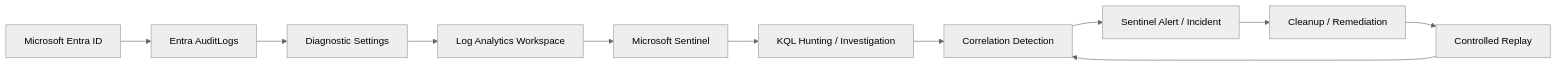
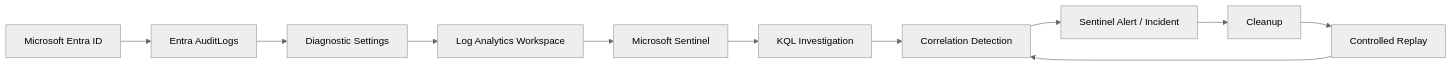
The diagram in README.md (Seanfrvr/Azure-Identity-Detection-Correlation-Home-Lab), drawn with Mermaid (neutral theme) before and after one commit. The commit also changed other lines of this file, not shown here.

Commit message:
Complete Phase 03 investigation documentation

````diff
--- a/README.md
+++ b/README.md
@@ -59,13 +53,13 @@
 ```mermaid
 flowchart LR
     A["Microsoft Entra ID"] --> B["Entra AuditLogs"]
     B --> C["Diagnostic Settings"]
     C --> D["Log Analytics Workspace"]
     D --> E["Microsoft Sentinel"]
-    E --> F["KQL Hunting / Investigation"]
+    E --> F["KQL Investigation"]
     F --> G["Correlation Detection"]
     G --> H["Sentinel Alert / Incident"]
-    H --> I["Cleanup / Remediation"]
+    H --> I["Cleanup"]
     I --> J["Controlled Replay"]
     J --> G
 ```
````
